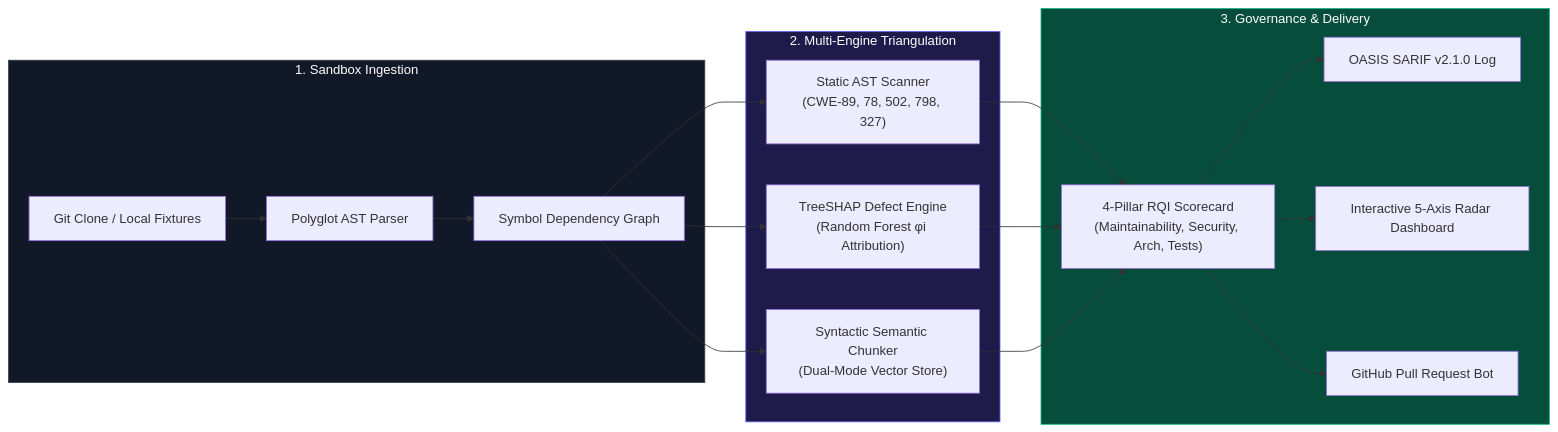
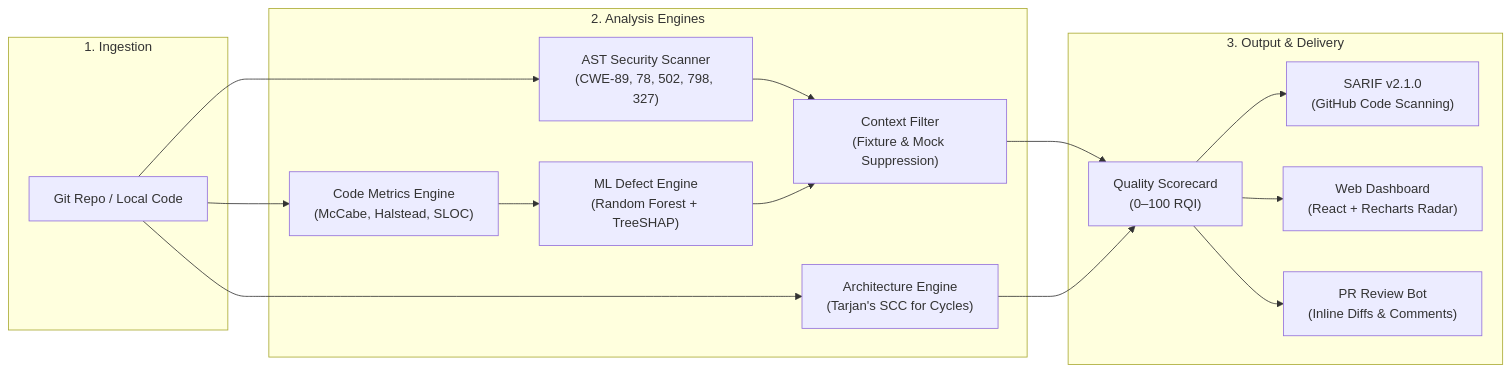
Before and after one commit to farazrasul0-cmd/AI-Powered-Software-Quality-Analysis-Platform: the diagram in README.md, drawn with Mermaid. The commit also changed other lines of this file, not shown here.

````diff
--- a/README.md
+++ b/README.md
@@ -30,24 +106,27 @@
 ```mermaid
-graph LR
-    subgraph Ingestion["1. Sandbox Ingestion"]
-        A[Git Clone / Local Fixtures] --> B[Polyglot AST Parser]
-        B --> C[Symbol Dependency Graph]
+flowchart LR
+    subgraph Input["1. Ingestion"]
+        Repo["Git Repo / Local Code"]
     end
 
-    subgraph MultiEngine["2. Multi-Engine Triangulation"]
-        C --> D["Static AST Scanner<br/>(CWE-89, 78, 502, 798, 327)"]
-        C --> E["TreeSHAP Defect Engine<br/>(Random Forest &phi;i Attribution)"]
-        C --> F["Syntactic Semantic Chunker<br/>(Dual-Mode Vector Store)"]
+    subgraph Analysis["2. Analysis Engines"]
+        AST["AST Security Scanner<br/>(CWE-89, 78, 502, 798, 327)"]
+        Metrics["Code Metrics Engine<br/>(McCabe, Halstead, SLOC)"]
+        Tarjan["Architecture Engine<br/>(Tarjan's SCC for Cycles)"]
+        ML["ML Defect Engine<br/>(Random Forest + TreeSHAP)"]
+        Filter["Context Filter<br/>(Fixture & Mock Suppression)"]
     end
 
-    subgraph Governance["3. Governance & Delivery"]
-        D & E & F --> G["4-Pillar RQI Scorecard<br/>(Maintainability, Security, Arch, Tests)"]
-        G --> H["OASIS SARIF v2.1.0 Log"]
-        G --> I["Interactive 5-Axis Radar Dashboard"]
-        G --> J["GitHub Pull Request Bot"]
+    subgraph Output["3. Output & Delivery"]
+        RQI["Quality Scorecard<br/>(0–100 RQI)"]
+        SARIF["SARIF v2.1.0<br/>(GitHub Code Scanning)"]
+        UI["Web Dashboard<br/>(React + Recharts Radar)"]
+        PR["PR Review Bot<br/>(Inline Diffs & Comments)"]
     end
 
-    style Ingestion fill:#111827,stroke:#374151,stroke-width:1px,color:#fff
-    style MultiEngine fill:#1e1b4b,stroke:#6366f1,stroke-width:1px,color:#fff
-    style Governance fill:#064e3b,stroke:#10b981,stroke-width:1px,color:#fff
+    Repo --> AST & Metrics & Tarjan
+    Metrics --> ML
+    AST & ML --> Filter
+    Filter & Tarjan --> RQI
+    RQI --> SARIF & UI & PR
 ```
````
